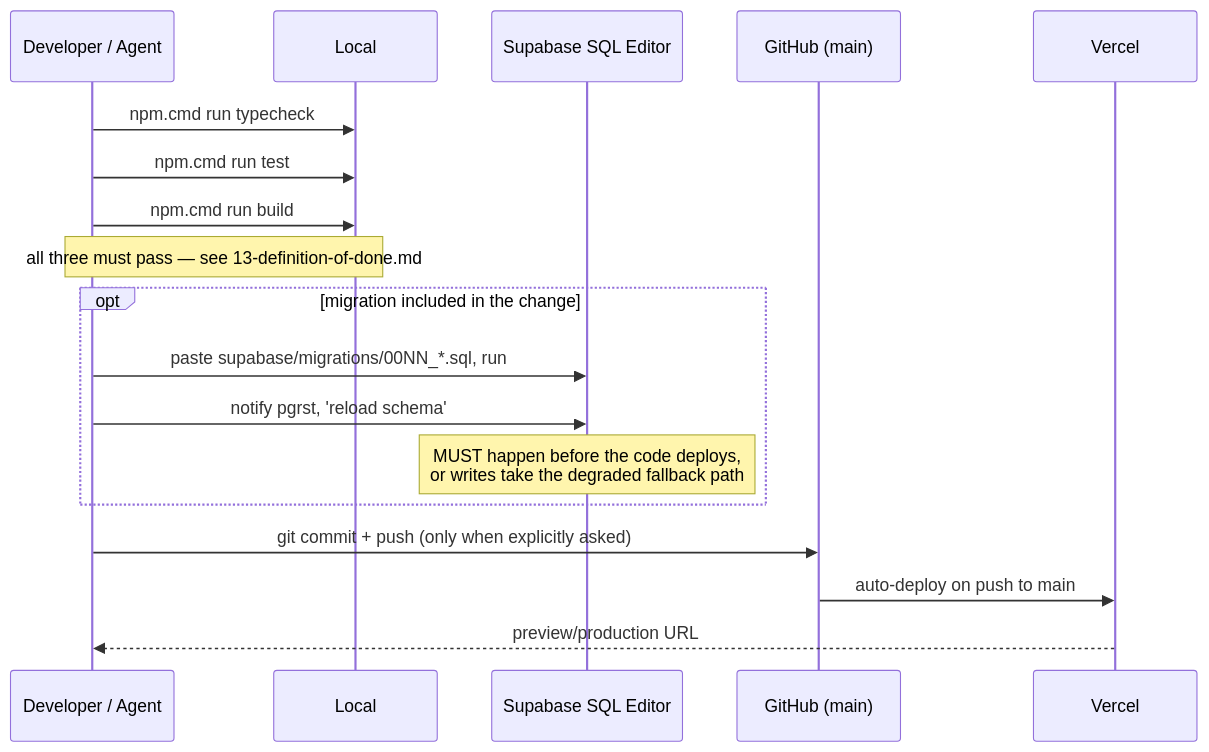
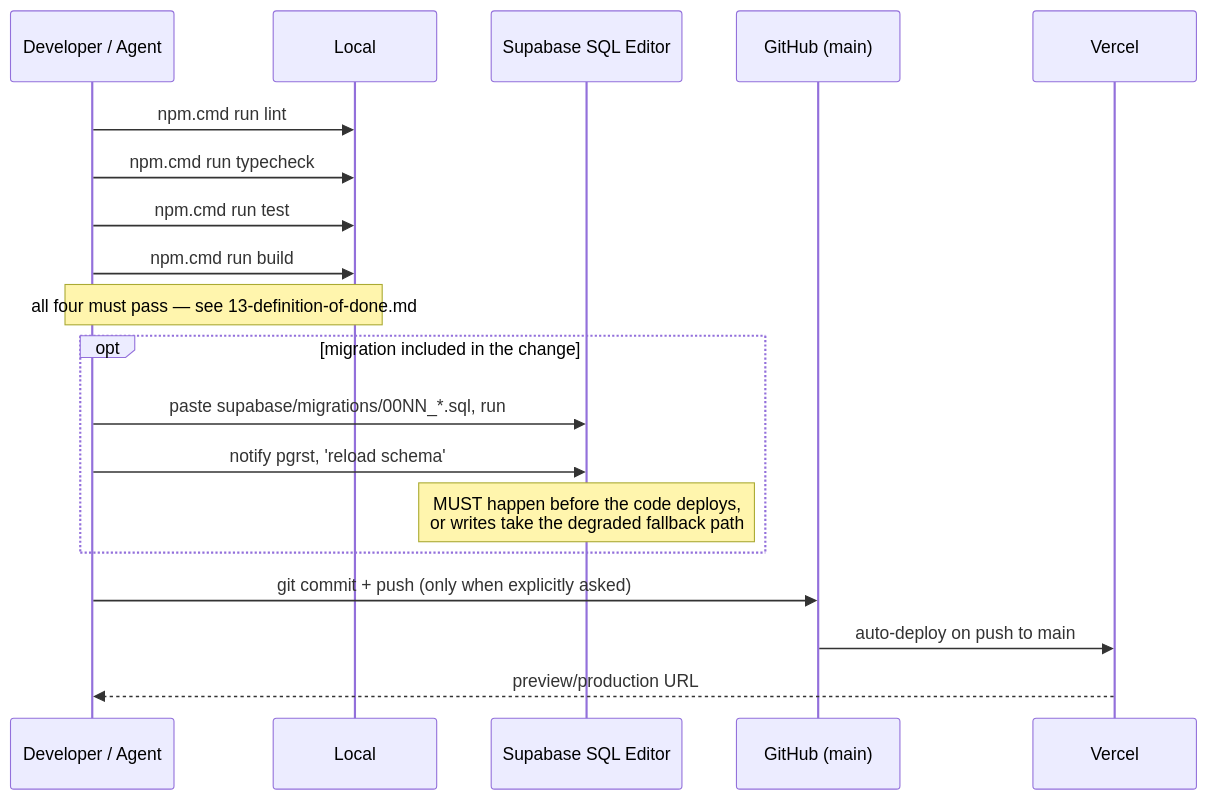
One commit to trongduy-jpg/qlkt-k2 changed the second of 2 diagrams in docs/11-deployment.md. Above: the diagram before and after it, drawn with Mermaid. The commit also changed other lines of this file and 7 other files, not shown here.

````diff
--- a/docs/11-deployment.md
+++ b/docs/11-deployment.md
@@ -85,21 +85,22 @@
 ```mermaid
 sequenceDiagram
     participant D as Developer / Agent
     participant L as Local
     participant SQL as Supabase SQL Editor
     participant G as GitHub (main)
     participant V as Vercel
 
+    D->>L: npm.cmd run lint
     D->>L: npm.cmd run typecheck
     D->>L: npm.cmd run test
     D->>L: npm.cmd run build
-    Note over D,L: all three must pass — see 13-definition-of-done.md
+    Note over D,L: all four must pass — see 13-definition-of-done.md
     opt migration included in the change
         D->>SQL: paste supabase/migrations/00NN_*.sql, run
         D->>SQL: notify pgrst, 'reload schema';
         Note over SQL: MUST happen before the code deploys,<br/>or writes take the degraded fallback path
     end
     D->>G: git commit + push (only when explicitly asked)
     G->>V: auto-deploy on push to main
     V-->>D: preview/production URL
 ```
````
